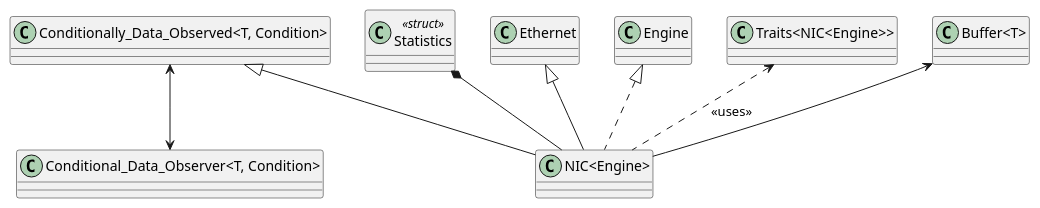
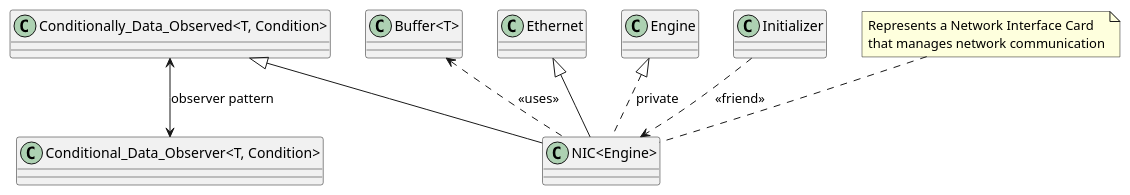
Before and after one commit to jcconnects/UFSC-INE5424: the diagram in doc/uml/nic.puml, drawn with PlantUML. The commit also changed 3 other files, not shown here.

Commit message:
adjust some diagrams to add them to the slides

```diff
--- a/doc/uml/nic.puml
+++ b/doc/uml/nic.puml
@@ -1,23 +1,31 @@
 @startuml NIC_Classes
 
 ' Class definitions
 ' # means private
 class "NIC<Engine>" {
 }
 
 class "Conditionally_Data_Observed<T, Condition>" {
 }
 
-class "Statistics" <<struct>> {
+class "Conditional_Data_Observer<T, Condition>" {
+}
+
+
+class "Buffer<T>" {
 }
 
 ' Relationships
 Ethernet <|-- "NIC<Engine>"
 "Conditionally_Data_Observed<T, Condition>" <|-- "NIC<Engine>"
-Engine <|.. "NIC<Engine>"
-"Statistics" *-- "NIC<Engine>"
-"Traits<NIC<Engine>>" <.. "NIC<Engine>" : <<uses>>
-"Buffer<T>" <-- "NIC<Engine>"
-"Conditionally_Data_Observed<T, Condition>" <--> "Conditional_Data_Observer<T, Condition>"
+Engine <|.. "NIC<Engine>" : private
+"Buffer<T>" <.. "NIC<Engine>" : <<uses>>
+"Conditionally_Data_Observed<T, Condition>" <--> "Conditional_Data_Observer<T, Condition>" : observer pattern
+Initializer ..> "NIC<Engine>" : <<friend>>
+
+note top of "NIC<Engine>"
+  Represents a Network Interface Card
+  that manages network communication
+end note
 
 @enduml 
```
